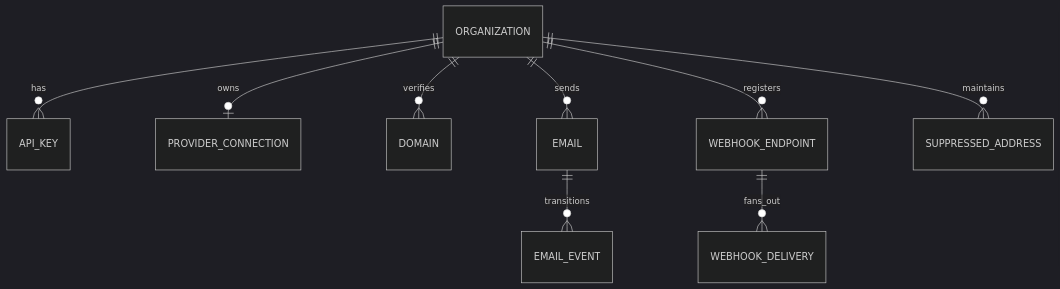
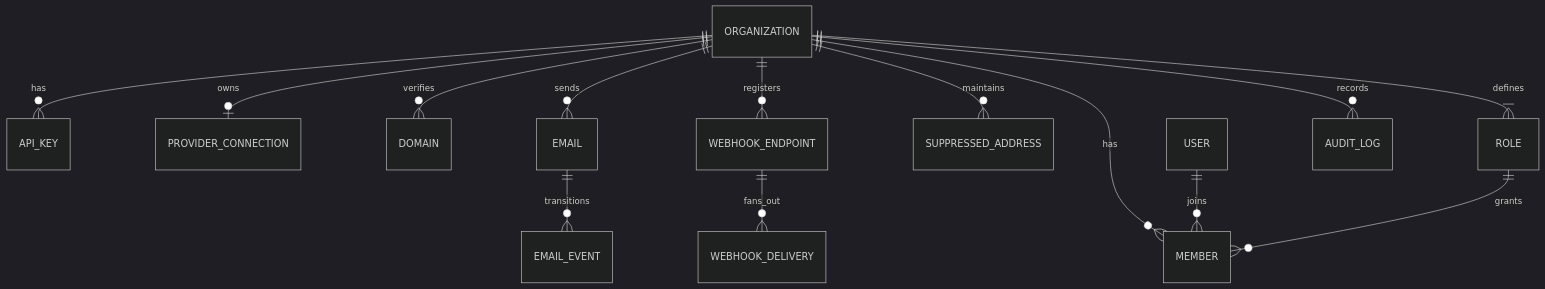
One commit to atlair-cloud/atlair-mail changed the second of 2 diagrams in docs/architecture.md. Above: the diagram before and after it, drawn with Mermaid (dark theme). The commit also changed other lines of this file and 4 other files, not shown here.

````diff
--- a/docs/architecture.md
+++ b/docs/architecture.md
@@ -60,11 +73,16 @@
 ```mermaid
 erDiagram
     ORGANIZATION ||--o{ API_KEY : has
     ORGANIZATION ||--o| PROVIDER_CONNECTION : owns
     ORGANIZATION ||--o{ DOMAIN : verifies
     ORGANIZATION ||--o{ EMAIL : sends
     ORGANIZATION ||--o{ WEBHOOK_ENDPOINT : registers
     ORGANIZATION ||--o{ SUPPRESSED_ADDRESS : maintains
+    ORGANIZATION ||--|{ ROLE : defines
+    ORGANIZATION ||--o{ MEMBER : has
+    USER ||--o{ MEMBER : joins
+    ROLE ||--o{ MEMBER : grants
+    ORGANIZATION ||--o{ AUDIT_LOG : records
     EMAIL ||--o{ EMAIL_EVENT : transitions
     WEBHOOK_ENDPOINT ||--o{ WEBHOOK_DELIVERY : fans_out
 ```
````
